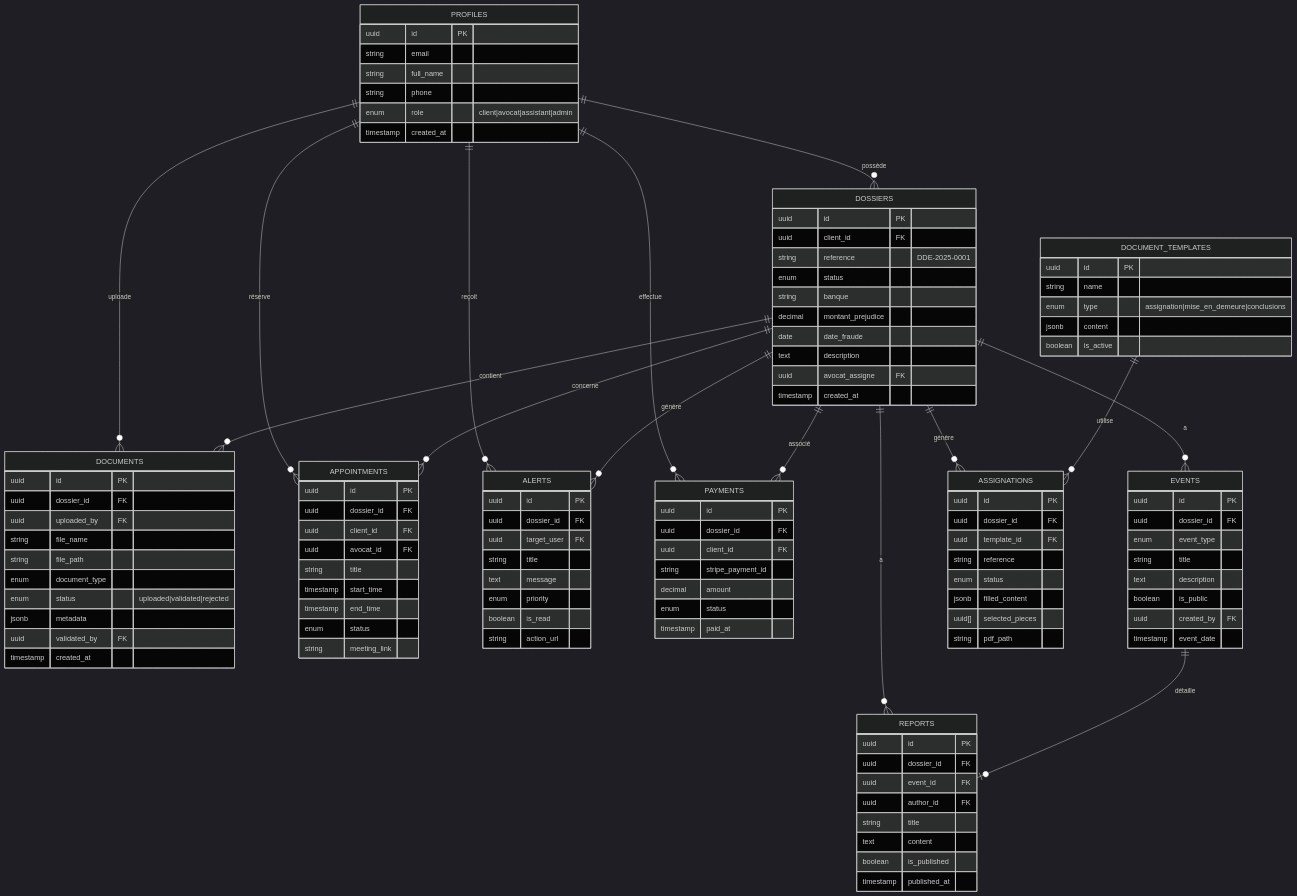
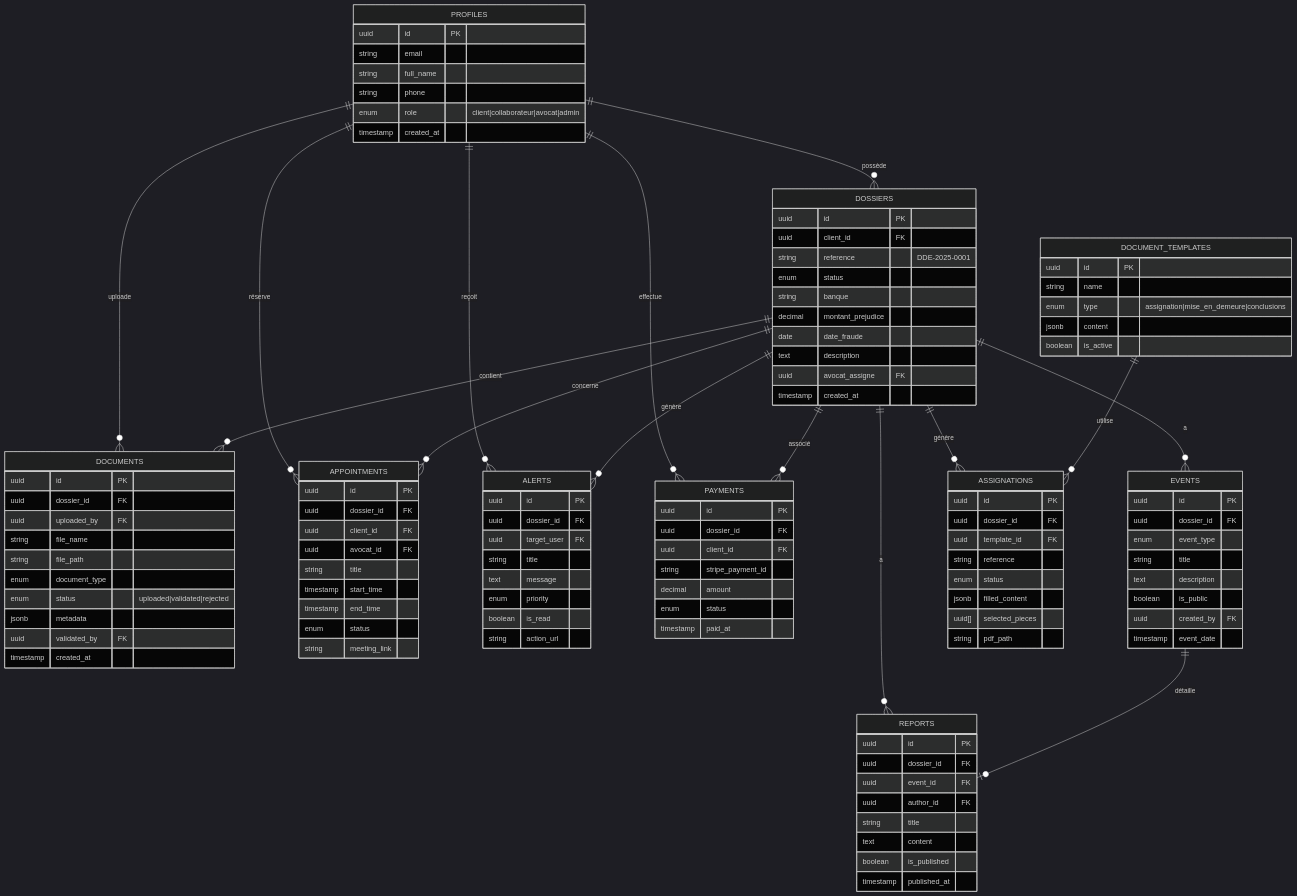
One commit to NMajster/Corentin-app changed the sixth of 10 diagrams in PLAN.md. Above: the diagram before and after it, drawn with Mermaid (dark theme). The commit also changed other lines of this file, not shown here.

Commit message:
Ajout rôle Collaborateur avec permissions et workflow post-entretien

```diff
--- a/PLAN.md
+++ b/PLAN.md
@@ -172,7 +310,7 @@
         string email
         string full_name
         string phone
-        enum role "client|avocat|assistant|admin"
+        enum role "client|collaborateur|avocat|admin"
         timestamp created_at
     }
 
```
